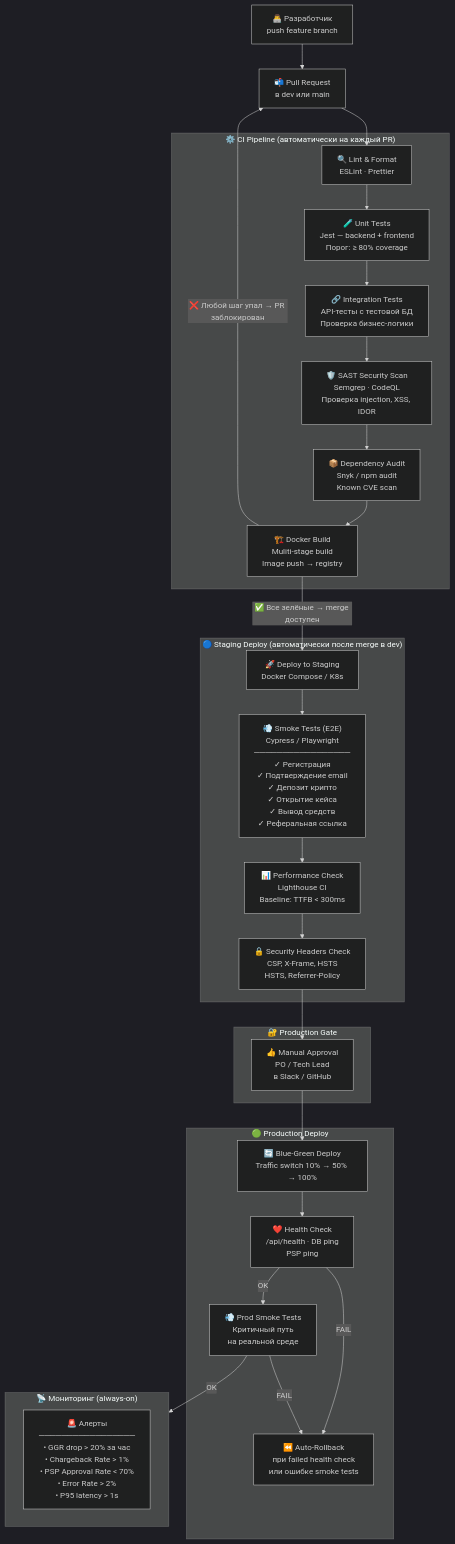
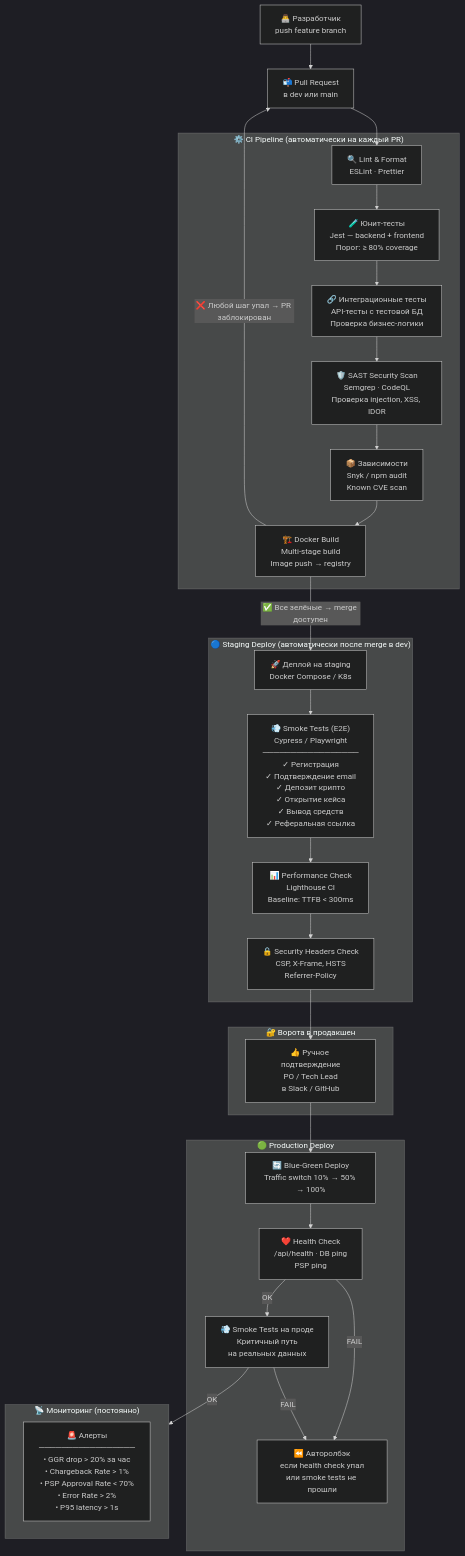
One commit to Alienwave1308/cyberbox-audit changed the fourth of 5 diagrams in PROCESS.md. Above: the diagram before and after it, drawn with Mermaid (dark theme). The commit also changed other lines of this file, not shown here.

````diff
--- a/PROCESS.md
+++ b/PROCESS.md
@@ -170,59 +195,59 @@
 ```mermaid
 flowchart TD
     DEV["👨‍💻 Разработчик\npush feature branch"]
     PR["📬 Pull Request\nв dev или main"]
 
     subgraph CI["⚙️ CI Pipeline (автоматически на каждый PR)"]
         LINT["🔍 Lint & Format\nESLint · Prettier"]
-        UNIT["🧪 Unit Tests\nJest — backend + frontend\nПорог: ≥ 80% coverage"]
-        INT["🔗 Integration Tests\nAPI-тесты с тестовой БД\nПроверка бизнес-логики"]
+        UNIT["🧪 Юнит-тесты\nJest — backend + frontend\nПорог: ≥ 80% coverage"]
+        INT["🔗 Интеграционные тесты\nAPI-тесты с тестовой БД\nПроверка бизнес-логики"]
         SAST["🛡️ SAST Security Scan\nSemgrep · CodeQL\nПроверка injection, XSS, IDOR"]
-        SNYK["📦 Dependency Audit\nSnyk / npm audit\nKnown CVE scan"]
-        BUILD["🏗️ Docker Build\nMuliti-stage build\nImage push → registry"]
+        SNYK["📦 Зависимости\nSnyk / npm audit\nKnown CVE scan"]
+        BUILD["🏗️ Docker Build\nMulti-stage build\nImage push → registry"]
     end
 
     subgraph STAGING["🔵 Staging Deploy (автоматически после merge в dev)"]
-        DEPLOY_STG["🚀 Deploy to Staging\nDocker Compose / K8s"]
+        DEPLOY_STG["🚀 Деплой на staging\nDocker Compose / K8s"]
         SMOKE["💨 Smoke Tests (E2E)\nCypress / Playwright\n─────────────────\n✓ Регистрация\n✓ Подтверждение email\n✓ Депозит крипто\n✓ Открытие кейса\n✓ Вывод средств\n✓ Реферальная ссылка"]
         PERF["📊 Performance Check\nLighthouse CI\nBaseline: TTFB < 300ms"]
-        HEADERS["🔒 Security Headers Check\nCSP, X-Frame, HSTS\nHSTS, Referrer-Policy"]
+        HEADERS["🔒 Security Headers Check\nCSP, X-Frame, HSTS\nReferrer-Policy"]
     end
 
-    subgraph GATE["🔐 Production Gate"]
-        APPROVAL["👍 Manual Approval\nPO / Tech Lead\nв Slack / GitHub"]
+    subgraph GATE["🔐 Ворота в продакшен"]
+        APPROVAL["👍 Ручное подтверждение\nPO / Tech Lead\nв Slack / GitHub"]
     end
 
     subgraph PROD["🟢 Production Deploy"]
         BLUE_GREEN["🔄 Blue-Green Deploy\nTraffic switch 10% → 50% → 100%"]
         HEALTH["❤️ Health Check\n/api/health · DB ping\nPSP ping"]
-        SMOKE_PROD["💨 Prod Smoke Tests\nКритичный путь\nна реальной среде"]
-        ROLLBACK["⏪ Auto-Rollback\nпри failed health check\nили ошибке smoke tests"]
+        SMOKE_PROD["💨 Smoke Tests на проде\nКритичный путь\nна реальных данных"]
+        ROLLBACK["⏪ Авторолбэк\nесли health check упал\nили smoke tests не прошли"]
     end
 
-    subgraph MONITOR["📡 Мониторинг (always-on)"]
+    subgraph MONITOR["📡 Мониторинг (постоянно)"]
         ALERTS["🚨 Алерты\n─────────────────\n• GGR drop > 20% за час\n• Chargeback Rate > 1%\n• PSP Approval Rate < 70%\n• Error Rate > 2%\n• P95 latency > 1s"]
     end
 
     DEV --> PR
     PR --> LINT
     LINT --> UNIT
     UNIT --> INT
     INT --> SAST
     SAST --> SNYK
     SNYK --> BUILD
 
     BUILD -->|"❌ Любой шаг упал → PR заблокирован"| PR
     BUILD -->|"✅ Все зелёные → merge доступен"| DEPLOY_STG
 
     DEPLOY_STG --> SMOKE
     SMOKE --> PERF
     PERF --> HEADERS
     HEADERS --> APPROVAL
 
     APPROVAL --> BLUE_GREEN
     BLUE_GREEN --> HEALTH
     HEALTH -->|OK| SMOKE_PROD
     HEALTH -->|FAIL| ROLLBACK
     SMOKE_PROD -->|OK| MONITOR
     SMOKE_PROD -->|FAIL| ROLLBACK
 ```
````
